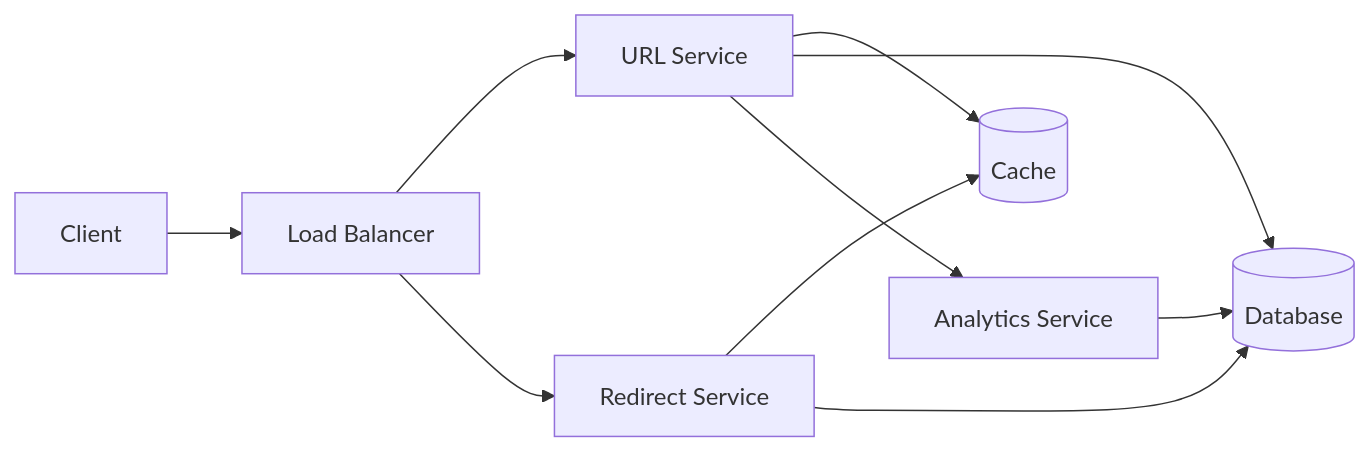
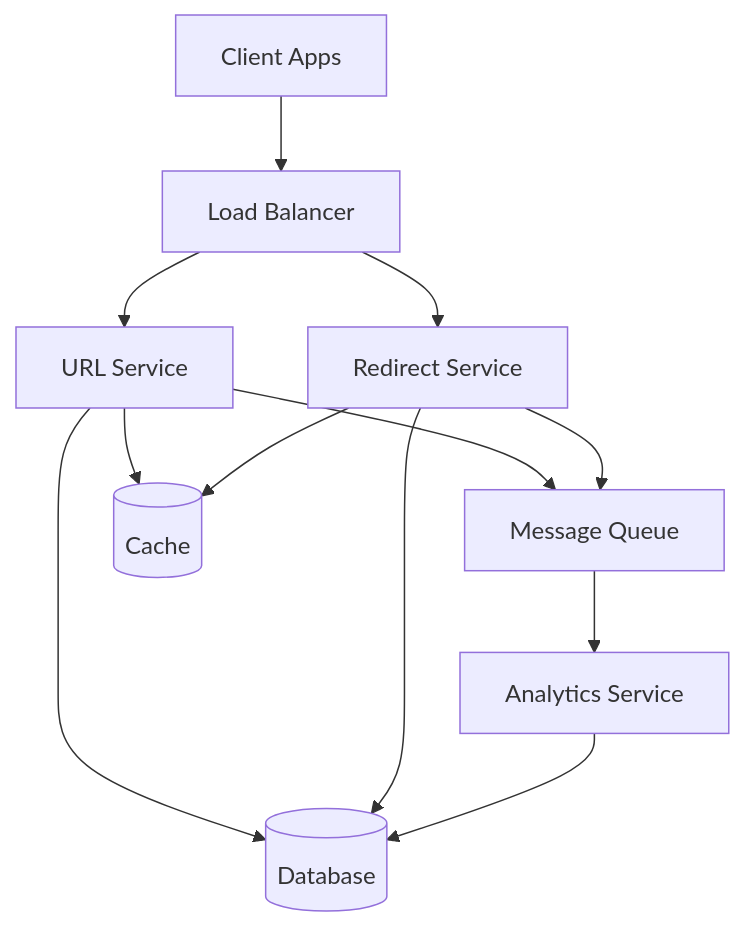
One commit to dailytechkart/deep_learner changed the first of 2 diagrams in src/app/system-design/problems/url-shortener.mdx. Above: the diagram before and after it, drawn with Mermaid. The commit also changed other lines of this file and 11 other files, not shown here.

````diff
--- a/src/app/system-design/problems/url-shortener.mdx
+++ b/src/app/system-design/problems/url-shortener.mdx
@@ -36,12 +41,14 @@
 ```mermaid
-graph LR
-    Client --> LB[Load Balancer]
+graph TD
+    Client[Client Apps] --> LB[Load Balancer]
     LB --> US[URL Service]
     LB --> RS[Redirect Service]
+    US --> MQ[Message Queue]
+    RS --> MQ
+    MQ --> AS[Analytics Service]
     US --> Cache[(Cache)]
+    RS --> Cache
     US --> DB[(Database)]
-    RS --> Cache
     RS --> DB
-    US --> AS[Analytics Service]
     AS --> DB
 ```
````
